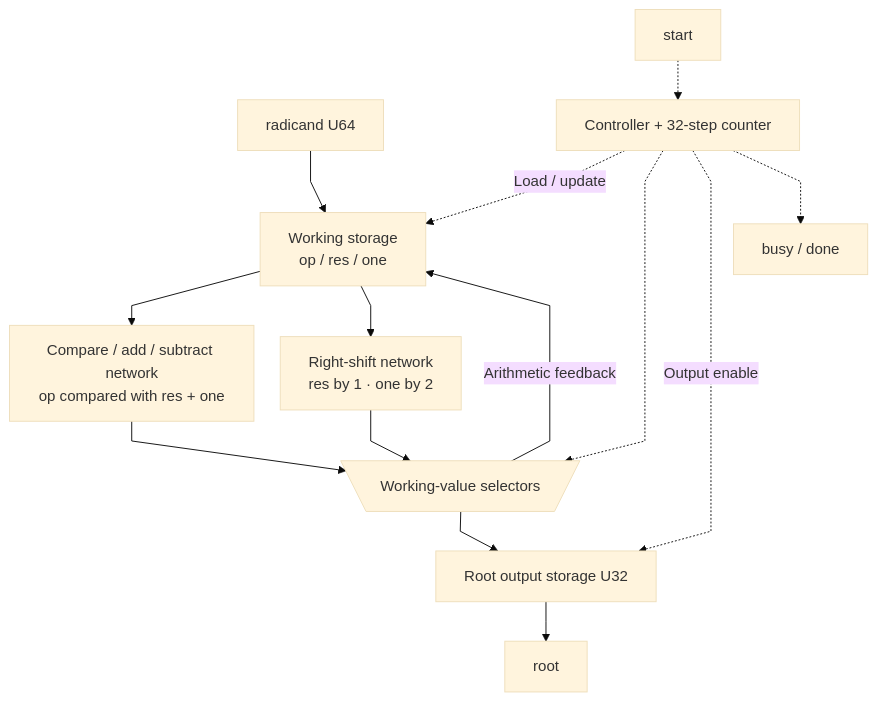
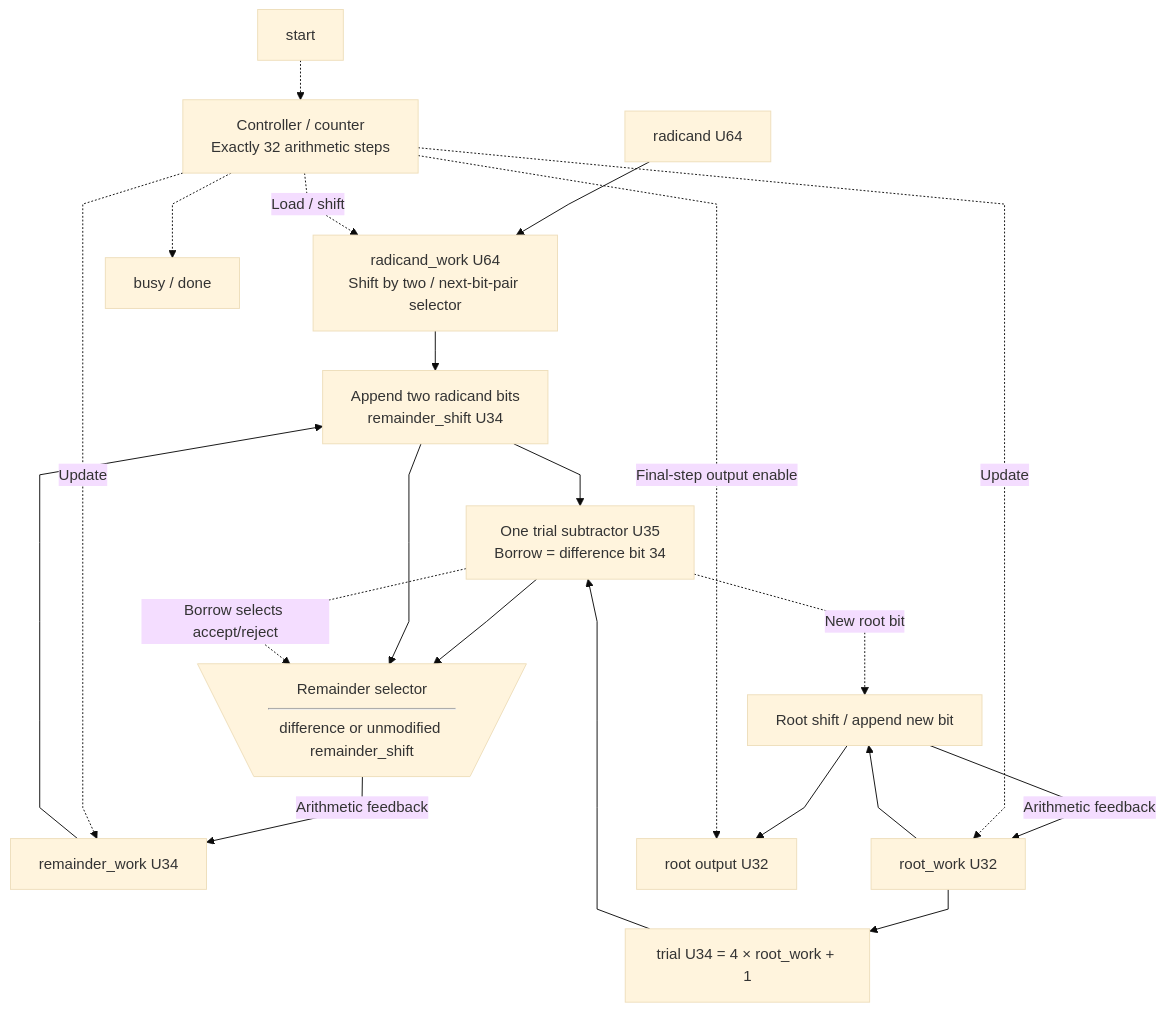
The second of 5 diagrams in docs/source_guide/blocks/norm.sv.md (nguyennhutkhanhtom/NPU), drawn with Mermaid (base theme) before and after one commit. The commit also changed other lines of this file and 123 other files, not shown here.

````diff
--- a/docs/source_guide/blocks/norm.sv.md
+++ b/docs/source_guide/blocks/norm.sv.md
@@ -143,17 +156,24 @@
 ```mermaid
 flowchart TB
 %%{init: {"flowchart": {"subGraphTitleMargin": {"top": 8, "bottom": 20}, "nodeSpacing": 28, "rankSpacing": 42, "curve": "linear"}}}%%
-    IN["radicand U64"] --> REG["Working storage<br/>op / res / one"]
-    REG --> ALU["Compare / add / subtract network<br/>op compared with res + one"]
-    REG --> SHIFT["Right-shift network<br/>res by 1 · one by 2"]
-    ALU --> MUX@{ shape: trap-t, label: "Working-value selectors" }
-    SHIFT --> MUX
-    MUX -->|"Arithmetic feedback"| REG
-    START["start"] -.-> CTRL["Controller + 32-step counter"]
-    CTRL -.->|"Load / update"| REG
-    CTRL -.-> MUX
-    MUX --> ROOT["Root output storage U32"]
-    CTRL -.->|"Output enable"| ROOT
-    ROOT --> OUT["root"]
+    IN["radicand U64"] --> RAD["radicand_work U64<br/>Shift by two / next-bit-pair selector"]
+    RAD --> REMSHIFT["Append two radicand bits<br/>remainder_shift U34"]
+    REM["remainder_work U34"] --> REMSHIFT
+    ROOT["root_work U32"] --> TRIAL["trial U34 = 4 × root_work + 1"]
+    ROOT --> ROOTSHIFT["Root shift / append new bit"]
+    REMSHIFT --> SUB["One trial subtractor U35<br/>Borrow = difference bit 34"]
+    TRIAL --> SUB
+    SUB --> RMUX@{ shape: trap-t, label: "Remainder selector<hr/>difference or unmodified remainder_shift" }
+    REMSHIFT --> RMUX
+    SUB -.->|"Borrow selects accept/reject"| RMUX
+    SUB -.->|"New root bit"| ROOTSHIFT
+    RMUX -->|"Arithmetic feedback"| REM
+    ROOTSHIFT -->|"Arithmetic feedback"| ROOT
+    START["start"] -.-> CTRL["Controller / counter<br/>Exactly 32 arithmetic steps"]
+    CTRL -.->|"Load / shift"| RAD
+    CTRL -.->|"Update"| ROOT
+    CTRL -.->|"Update"| REM
+    ROOTSHIFT --> OUT["root output U32"]
+    CTRL -.->|"Final-step output enable"| OUT
     CTRL -.-> STATUS["busy / done"]
 ```
````
